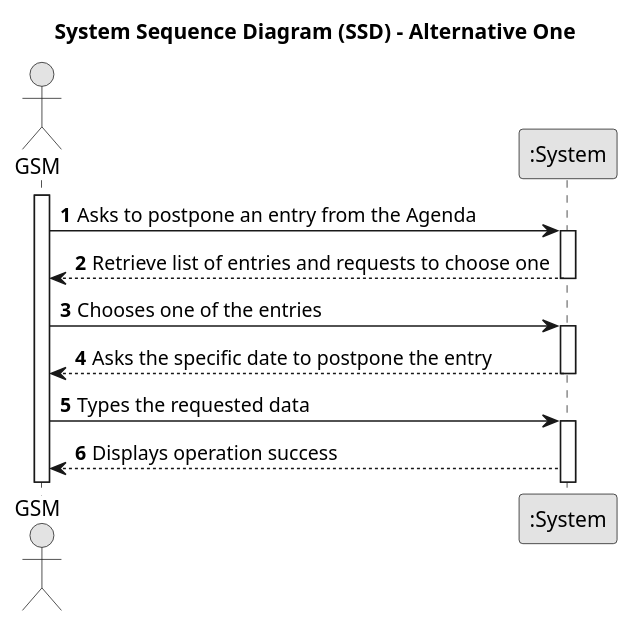
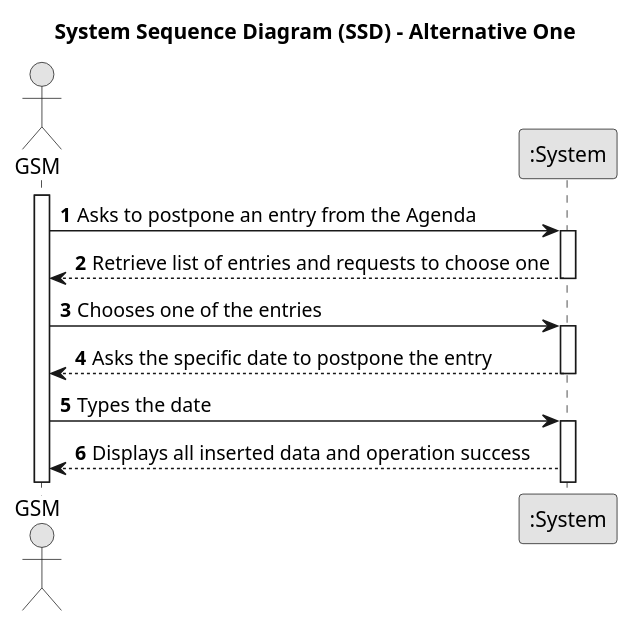
Before and after one commit to Departamento-de-Engenharia-Informatica/lei-24-s2-1df-1de-g063: the diagram in docs/SprintC/us024/01.requirements-engineering/puml/us024-system-sequence-diagram-alternative-one.puml, drawn with PlantUML. The commit also changed 9 other files, not shown here.

```diff
--- a/docs/SprintC/us024/01.requirements-engineering/puml/us024-system-sequence-diagram-alternative-one.puml
+++ b/docs/SprintC/us024/01.requirements-engineering/puml/us024-system-sequence-diagram-alternative-one.puml
@@ -1,30 +1,28 @@
 @startuml
 skinparam monochrome true
 skinparam packageStyle rectangle
 skinparam shadowing false
 
 title System Sequence Diagram (SSD) - Alternative One
 
 autonumber
 
 actor "GSM" as GSM
 participant ":System" as System
 
 activate GSM
 
     GSM -> System : Asks to postpone an entry from the Agenda
     activate System
-
         System --> GSM : Retrieve list of entries and requests to choose one
-        '' não sei se devo separar em 2 passos a lista e o pedido de escolha
     deactivate System
     GSM -> System : Chooses one of the entries
     activate System
         System --> GSM : Asks the specific date to postpone the entry
     deactivate System
-    GSM -> System : Types the requested data
+    GSM -> System : Types the date
     activate System
-        System --> GSM : Displays operation success
+        System --> GSM : Displays all inserted data and operation success
 
 
 @enduml
```
